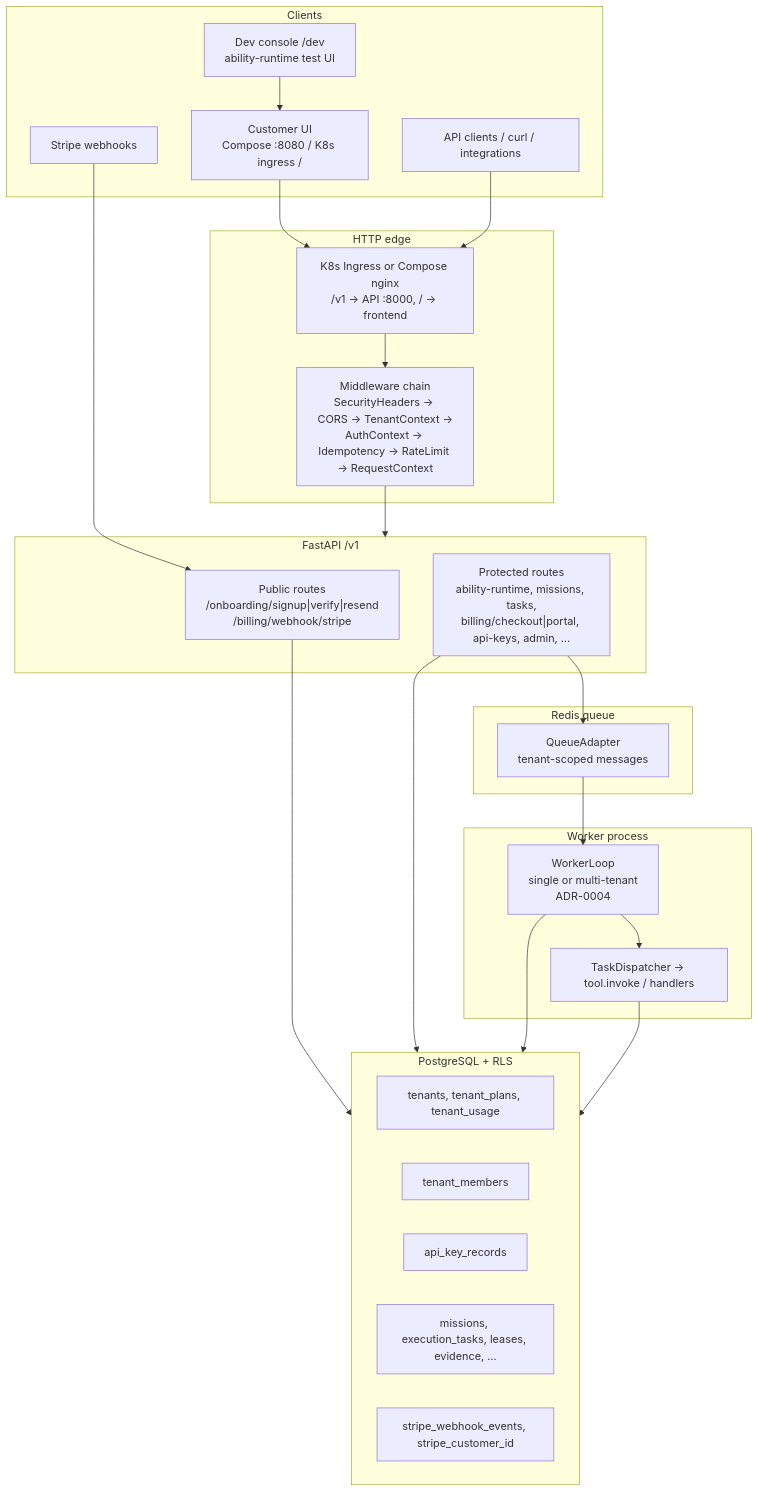
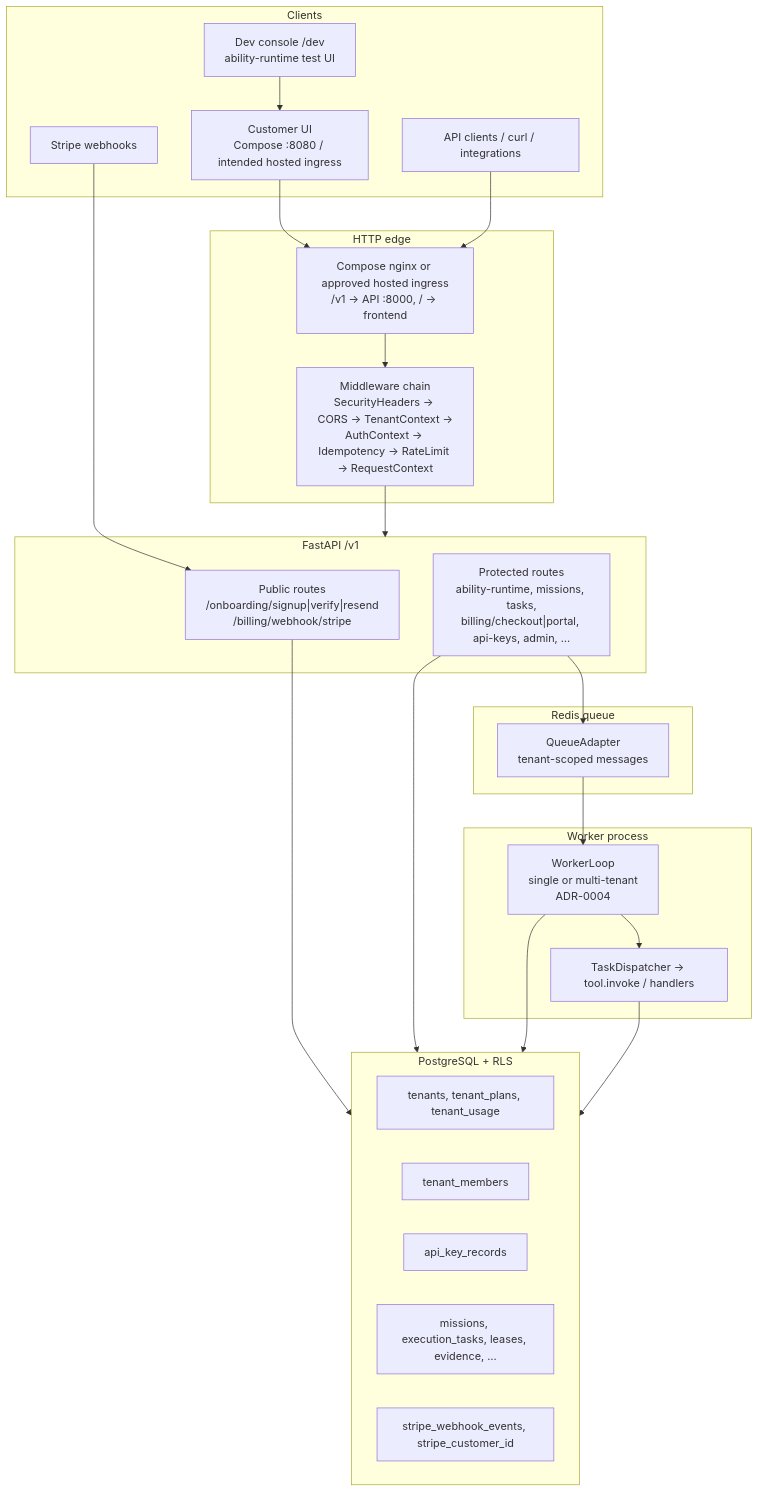
The first of 9 diagrams in docs/architecture/SYSTEM_ARCHITECTURE.md (1devteam/ajenda-ai), drawn with Mermaid before and after one commit. The commit also changed other lines of this file and 14 other files, not shown here.

````diff
--- a/docs/architecture/SYSTEM_ARCHITECTURE.md
+++ b/docs/architecture/SYSTEM_ARCHITECTURE.md
@@ -14,48 +14,48 @@
 ```mermaid
 flowchart TB
     subgraph Clients["Clients"]
-        CustomerUI["Customer UI<br/>Compose :8080 / K8s ingress /"]
+        CustomerUI["Customer UI<br/>Compose :8080 / intended hosted ingress"]
         DevConsole["Dev console /dev<br/>ability-runtime test UI"]
         CurlAPI["API clients / curl / integrations"]
         Stripe["Stripe webhooks"]
     end
 
     subgraph Edge["HTTP edge"]
-        Ingress["K8s Ingress or Compose nginx<br/>/v1 → API :8000, / → frontend"]
+        Ingress["Compose nginx or approved hosted ingress<br/>/v1 → API :8000, / → frontend"]
         MW["Middleware chain<br/>SecurityHeaders → CORS → TenantContext →<br/>AuthContext → Idempotency → RateLimit → RequestContext"]
     end
 
     subgraph API["FastAPI /v1"]
         Public["Public routes<br/>/onboarding/signup|verify|resend<br/>/billing/webhook/stripe"]
         Protected["Protected routes<br/>ability-runtime, missions, tasks,<br/>billing/checkout|portal, api-keys, admin, …"]
     end
 
     subgraph Data["PostgreSQL + RLS"]
         Tenants["tenants, tenant_plans, tenant_usage"]
         Members["tenant_members"]
         Keys["api_key_records"]
         Runtime["missions, execution_tasks, leases, evidence, …"]
         Billing["stripe_webhook_events, stripe_customer_id"]
     end
 
     subgraph Queue["Redis queue"]
         QAdapter["QueueAdapter<br/>tenant-scoped messages"]
     end
 
     subgraph Worker["Worker process"]
         WL["WorkerLoop<br/>single or multi-tenant<br/>ADR-0004"]
         Disp["TaskDispatcher → tool.invoke / handlers"]
     end
 
     CustomerUI --> Ingress
     DevConsole --> CustomerUI
     CurlAPI --> Ingress
     Stripe --> Public
     Ingress --> MW --> API
     Public --> Data
     Protected --> Data
     Protected --> QAdapter
     QAdapter --> WL --> Disp
     WL --> Data
     Disp --> Data
 ```
````
